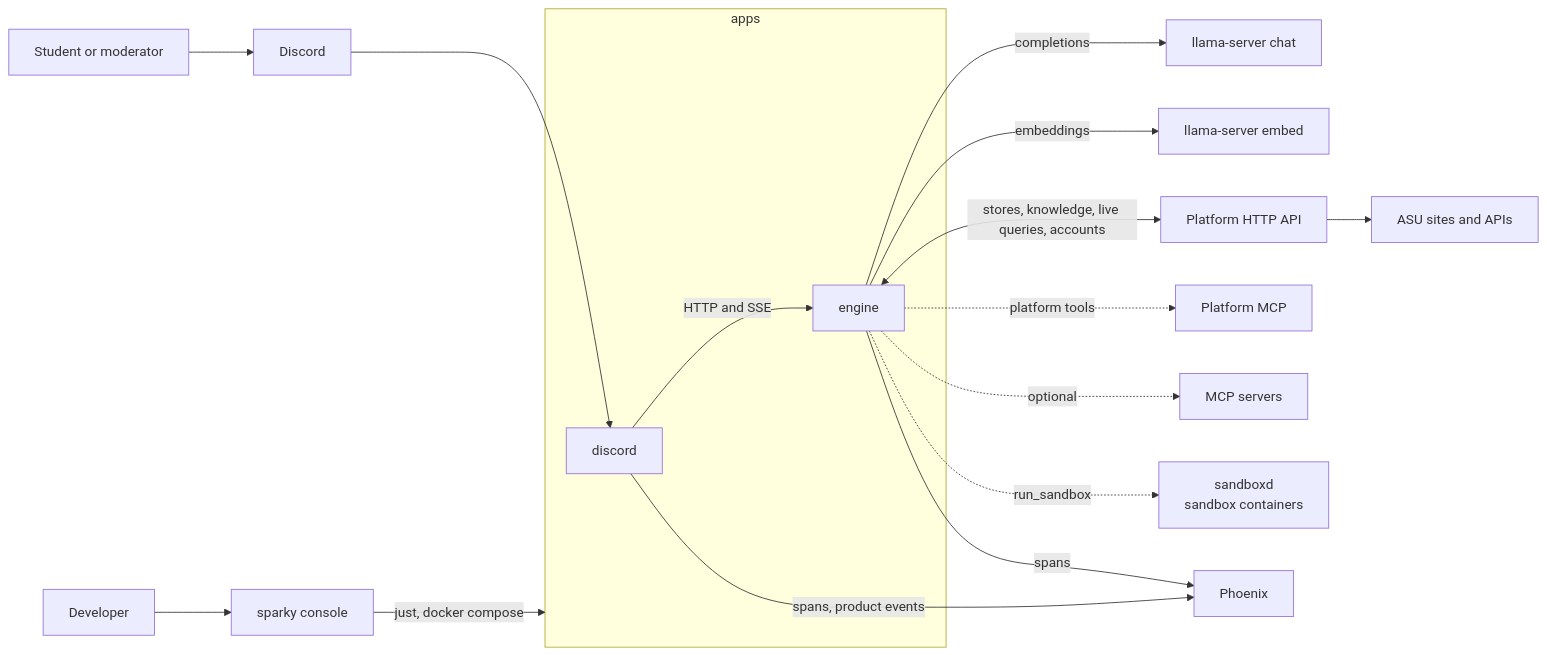
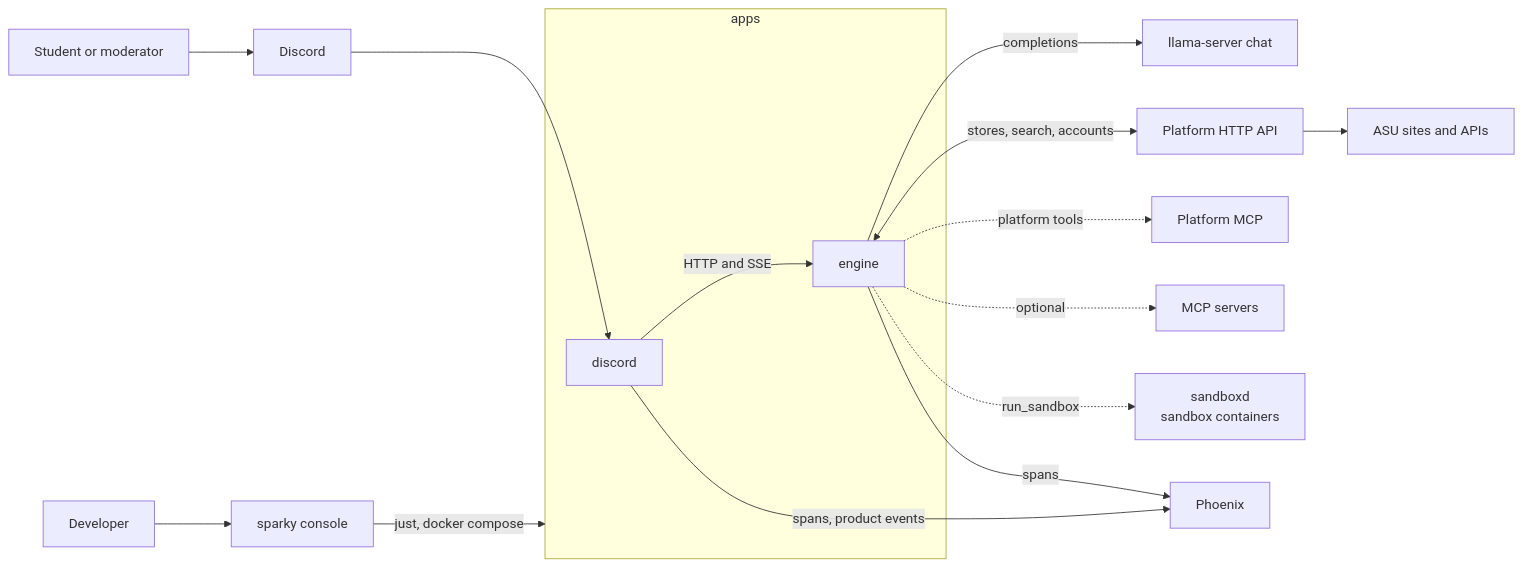
One commit to theaisocietyasu/sparky changed the first of 10 diagrams in docs/ARCHITECTURE.md. Above: the diagram before and after it, drawn with Mermaid. The commit also changed other lines of this file and 92 other files, not shown here.

First line of the commit message:
Use Platform's search tool for all lookups (#148)

````diff
--- a/docs/ARCHITECTURE.md
+++ b/docs/ARCHITECTURE.md
@@ -78,26 +78,25 @@
 ```mermaid
 flowchart LR
     U["Student or moderator"] --> DC["Discord"]
     DEV["Developer"] --> CLI["sparky console"]
 
     subgraph apps ["apps"]
         BOT["discord"]
         ENG["engine"]
     end
 
     DC --> BOT
     BOT -->|"HTTP and SSE"| ENG
     CLI -->|"just, docker compose"| apps
 
     ENG -->|"completions"| CHAT["llama-server chat"]
-    ENG -->|"embeddings"| EMB["llama-server embed"]
-    ENG <-->|"stores, knowledge, live queries, accounts"| PLAT["Platform HTTP API"]
+    ENG <-->|"stores, search, accounts"| PLAT["Platform HTTP API"]
     ENG -.->|"platform tools"| PMCP["Platform MCP"]
     ENG -.->|"optional"| MCP["MCP servers"]
     ENG -.->|"run_sandbox"| SBX["sandboxd<br/>sandbox containers"]
 
     PLAT --> SITES["ASU sites and APIs"]
 
     BOT -->|"spans, product events"| OBS["Phoenix"]
     ENG -->|"spans"| OBS
 ```
````
